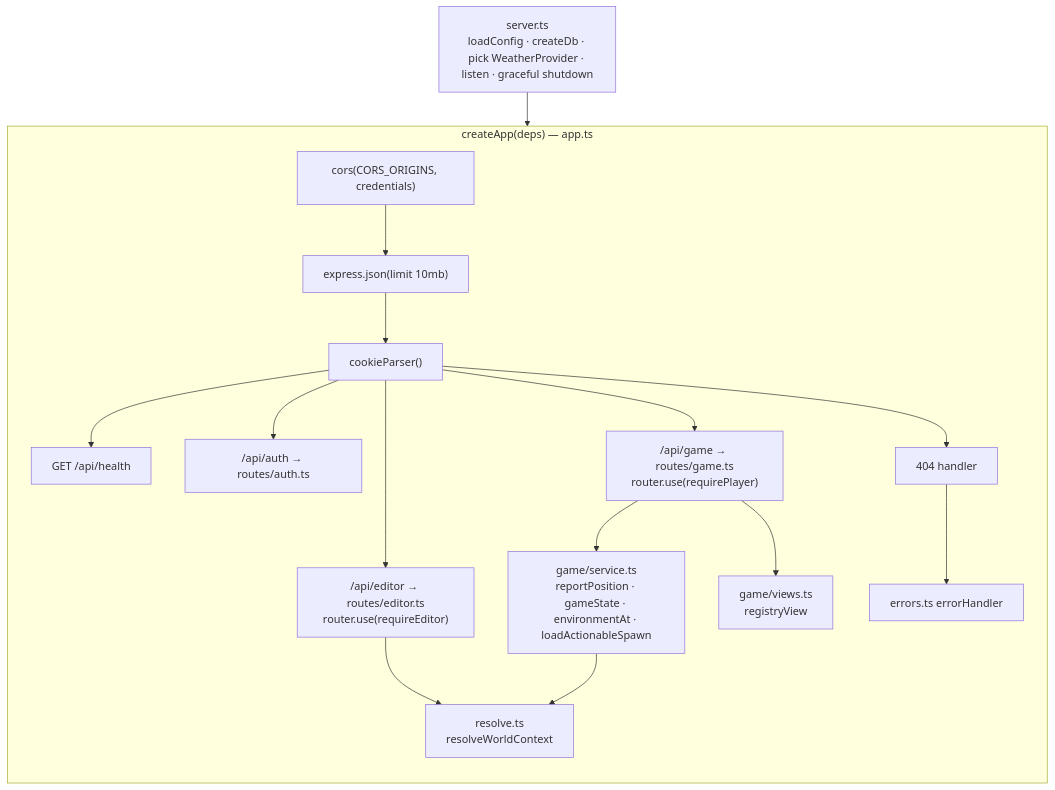
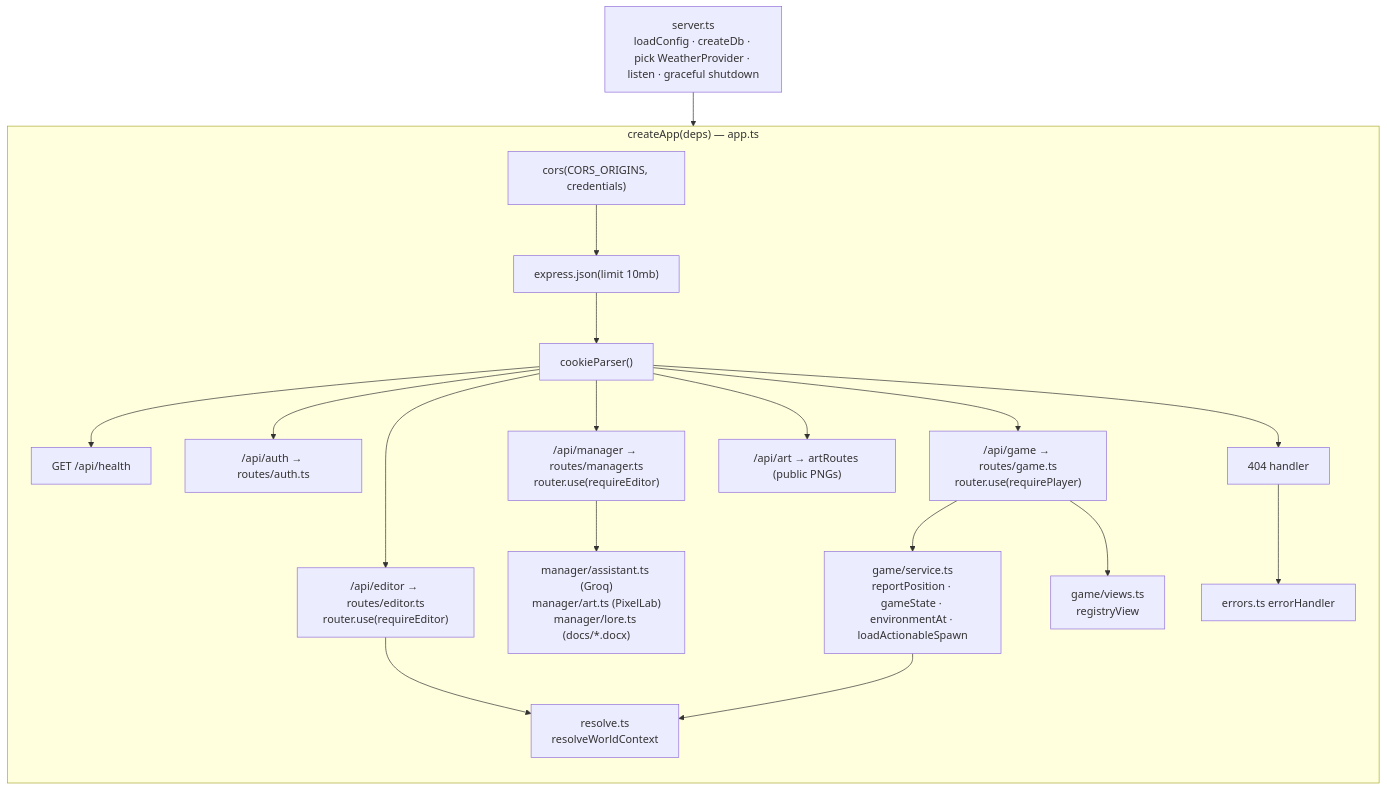
One commit to samceracas/wildbound changed the diagram in docs/04-api-reference.md. Above: the diagram before and after it, drawn with Mermaid. The commit also changed other lines of this file and 8 other files, not shown here.

````diff
--- a/docs/04-api-reference.md
+++ b/docs/04-api-reference.md
@@ -25,17 +28,20 @@
 ```mermaid
 flowchart TB
     server["server.ts<br/>loadConfig · createDb · pick WeatherProvider · listen · graceful shutdown"] --> app
     subgraph app["createApp(deps) — app.ts"]
         direction TB
         m1["cors(CORS_ORIGINS, credentials)"] --> m2["express.json(limit 10mb)"] --> m3["cookieParser()"]
         m3 --> h["GET /api/health"]
         m3 --> ra["/api/auth → routes/auth.ts"]
         m3 --> rg["/api/game → routes/game.ts<br/>router.use(requirePlayer)"]
         m3 --> re["/api/editor → routes/editor.ts<br/>router.use(requireEditor)"]
+        m3 --> rm["/api/manager → routes/manager.ts<br/>router.use(requireEditor)"]
+        m3 --> rart["/api/art → artRoutes (public PNGs)"]
+        rm --> mgr["manager/assistant.ts (Groq)<br/>manager/art.ts (PixelLab)<br/>manager/lore.ts (docs/*.docx)"]
         rg --> svc["game/service.ts<br/>reportPosition · gameState · environmentAt · loadActionableSpawn"]
         rg --> views["game/views.ts<br/>registryView"]
         re --> resolve["resolve.ts<br/>resolveWorldContext"]
         svc --> resolve
         m3 --> nf["404 handler"] --> eh["errors.ts errorHandler"]
     end
 ```
````
